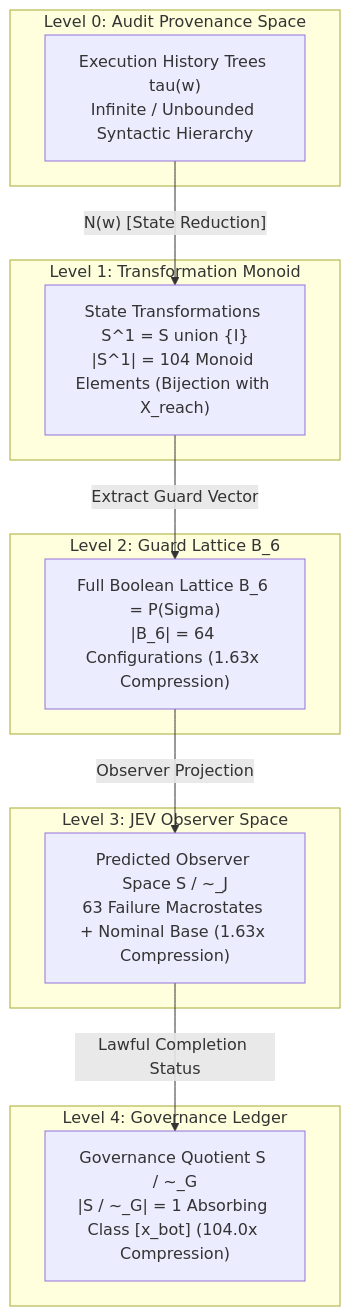
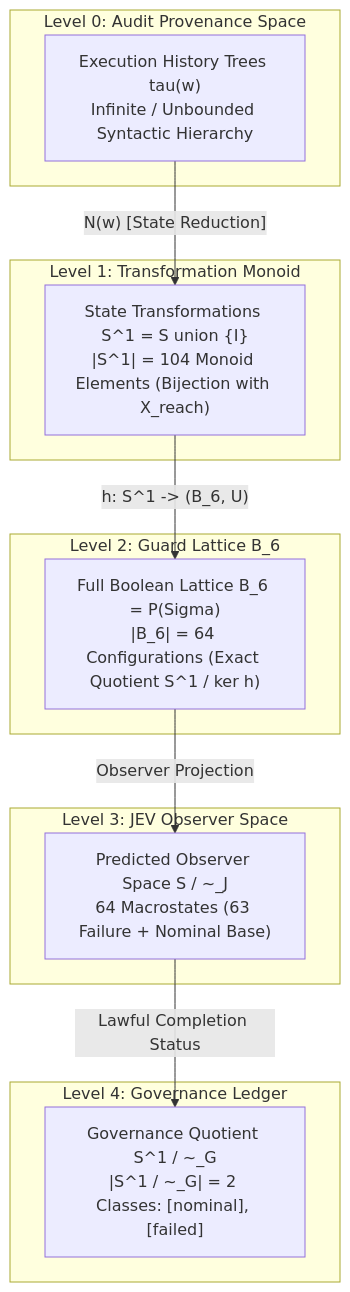
One commit to NB11B/UoW-v3 changed the second of 2 diagrams in docs/JEV_SEMIGROUP_ENUMERATION_EXPERIMENT.md. Above: the diagram before and after it, drawn with Mermaid. The commit also changed other lines of this file and 3 other files, not shown here.

Commit message:
feat(experiment): prove surjective guard monoid homomorphism S1 -> (B6, U) and correct monoid governance quotient

````diff
--- a/docs/JEV_SEMIGROUP_ENUMERATION_EXPERIMENT.md
+++ b/docs/JEV_SEMIGROUP_ENUMERATION_EXPERIMENT.md
@@ -172,27 +187,27 @@
 ```mermaid
 flowchart TD
     subgraph Tier0 ["Level 0: Audit Provenance Space"]
         T["Execution History Trees tau(w)\nInfinite / Unbounded Syntactic Hierarchy"]
     end
 
     subgraph Tier1 ["Level 1: Transformation Monoid"]
         M["State Transformations S^1 = S union {I}\n|S^1| = 104 Monoid Elements (Bijection with X_reach)"]
     end
 
     subgraph Tier2 ["Level 2: Guard Lattice B_6"]
-        B["Full Boolean Lattice B_6 = P(Sigma)\n|B_6| = 64 Configurations (1.63x Compression)"]
+        B["Full Boolean Lattice B_6 = P(Sigma)\n|B_6| = 64 Configurations (Exact Quotient S^1 / ker h)"]
     end
 
     subgraph Tier3 ["Level 3: JEV Observer Space"]
-        J["Predicted Observer Space S / ~_J\n63 Failure Macrostates + Nominal Base (1.63x Compression)"]
+        J["Predicted Observer Space S / ~_J\n64 Macrostates (63 Failure + Nominal Base)"]
     end
 
     subgraph Tier4 ["Level 4: Governance Ledger"]
-        Q["Governance Quotient S / ~_G\n|S / ~_G| = 1 Absorbing Class [x_bot] (104.0x Compression)"]
+        Q["Governance Quotient S^1 / ~_G\n|S^1 / ~_G| = 2 Classes: [nominal], [failed]"]
     end
 
     T -->|"N(w) [State Reduction]"| M
-    M -->|"Extract Guard Vector"| B
+    M -->|"h: S^1 -> (B_6, U)"| B
     B -->|"Observer Projection"| J
     J -->|"Lawful Completion Status"| Q
 ```
````
